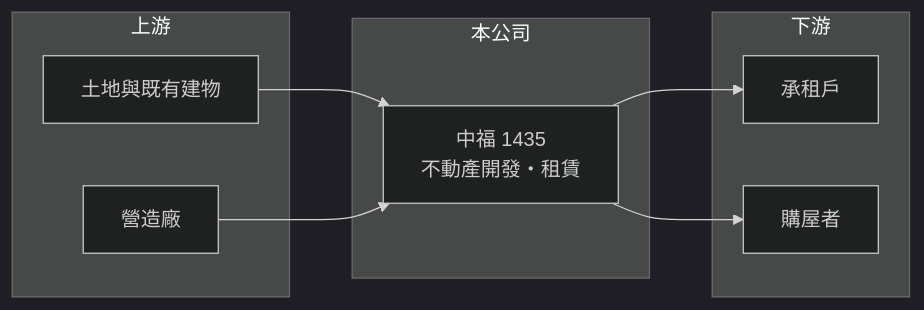
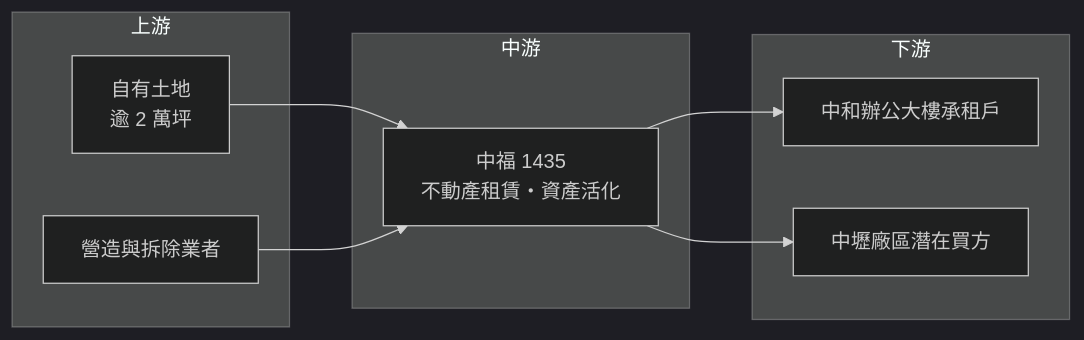
Before and after one commit to wangnick1004/taiwan-stock-vault: the third of 3 diagrams in 個股/台股/1435中福.md, drawn with Mermaid (dark theme). The commit also changed other lines of this file and 6 other files, not shown here.

````diff
--- a/個股/台股/1435中福.md
+++ b/個股/台股/1435中福.md
@@ -85,18 +208,18 @@
 ```mermaid
 flowchart LR
     subgraph 上游
-        A1["土地與既有建物"]
-        A2["營造廠"]
+        A1["自有土地<br/>逾 2 萬坪"]
+        A2["營造與拆除業者"]
     end
-    subgraph 本公司
-        B["中福 1435<br/>不動產開發・租賃"]
+    subgraph 中游
+        B["中福 1435<br/>不動產租賃・資產活化"]
     end
     subgraph 下游
-        C1["承租戶"]
-        C2["購屋者"]
+        C1["中和辦公大樓承租戶"]
+        C2["中壢廠區潛在買方"]
     end
     A1 --> B
     A2 --> B
     B --> C1
     B --> C2
 ```
````
